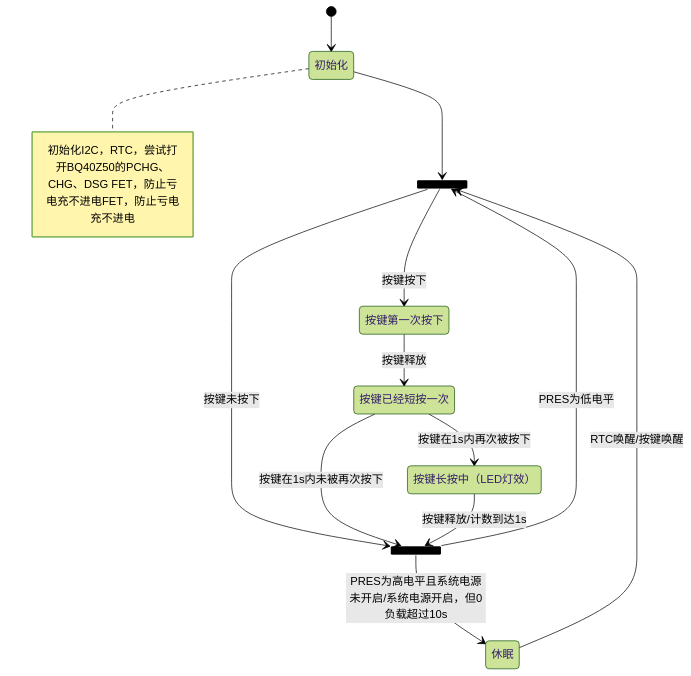
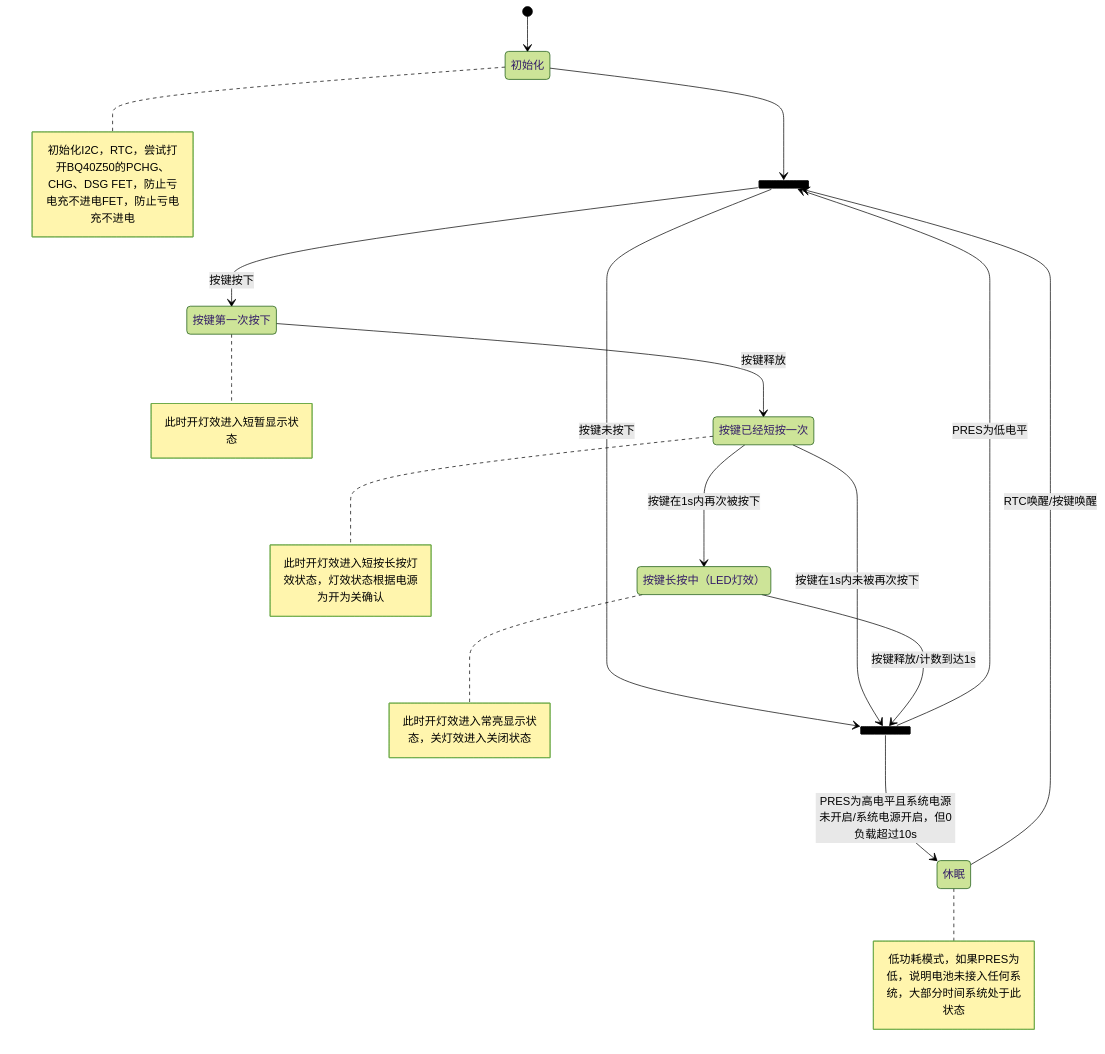
Before and after one commit to CodeMax-aaaaa/dart-ros2-workspace: the second of 4 diagrams in src/dart_bms/README.md, drawn with Mermaid (forest theme).

Commit message:
加入脚注

````diff
--- a/src/dart_bms/README.md
+++ b/src/dart_bms/README.md
@@ -29,20 +29,23 @@
 ```mermaid
 stateDiagram-v2
     [*] --> 初始化
     state fork_state_更新状态 <<fork>>
     state join_state_更新状态 <<join>>
     初始化 --> fork_state_更新状态
     join_state_更新状态 --> 休眠: PRES为高电平且系统电源未开启/系统电源开启，但0负载超过10s
     fork_state_更新状态 --> 按键第一次按下: 按键按下
     fork_state_更新状态 --> join_state_更新状态: 按键未按下
     join_state_更新状态 --> fork_state_更新状态: PRES为低电平
     按键第一次按下 --> 按键已经短按一次: 按键释放
     按键已经短按一次 --> 按键长按中（LED灯效）: 按键在1s内再次被按下
     按键已经短按一次 --> join_state_更新状态: 按键在1s内未被再次按下
     按键长按中（LED灯效） --> join_state_更新状态: 按键释放/计数到达1s
 
     休眠 --> fork_state_更新状态: RTC唤醒/按键唤醒
 
     note right of 初始化: 初始化I2C，RTC，尝试打开BQ40Z50的PCHG、CHG、DSG FET，防止亏电充不进电FET，防止亏电充不进电
-    
+    note right of 休眠: 低功耗模式，如果PRES为低，说明电池未接入任何系统，大部分时间系统处于此状态
+    note right of 按键第一次按下: 此时开灯效进入短暂显示状态
+    note right of 按键已经短按一次: 此时开灯效进入短按长按灯效状态，灯效状态根据电源为开为关确认
+    note right of 按键长按中（LED灯效）: 此时开灯效进入常亮显示状态，关灯效进入关闭状态
 ```
````
